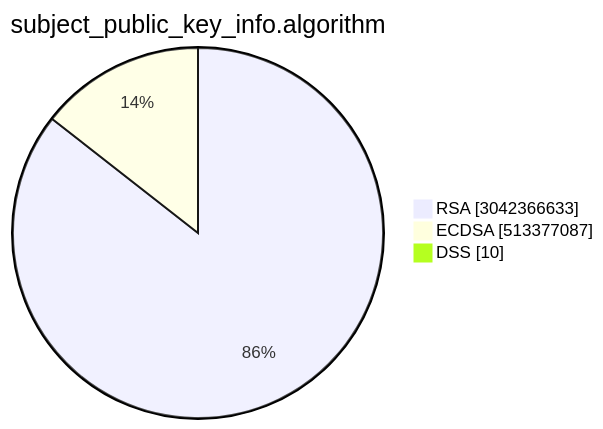
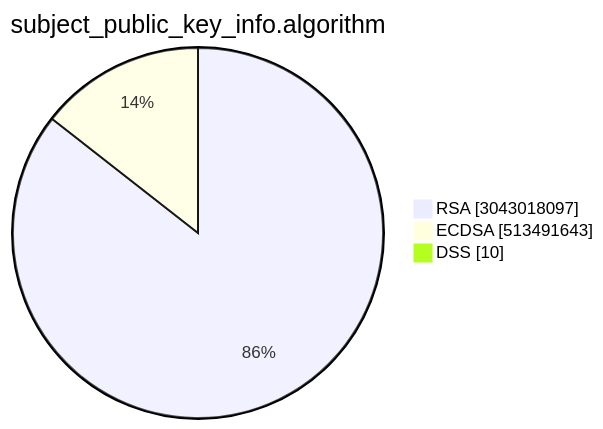
One commit to christiankrug/ctmonitor_visualization changed the second of 15 diagrams in TOTAL/README.md. Above: the diagram before and after it, drawn with Mermaid. The commit also changed other lines of this file, not shown here.

````diff
--- a/TOTAL/README.md
+++ b/TOTAL/README.md
@@ -6,7 +6,7 @@
 ```mermaid
 pie showData
 title subject_public_key_info.algorithm
-"RSA" :3042366633
-"ECDSA" :513377087
+"RSA" :3043018097
+"ECDSA" :513491643
 "DSS" :10
 ```
````
